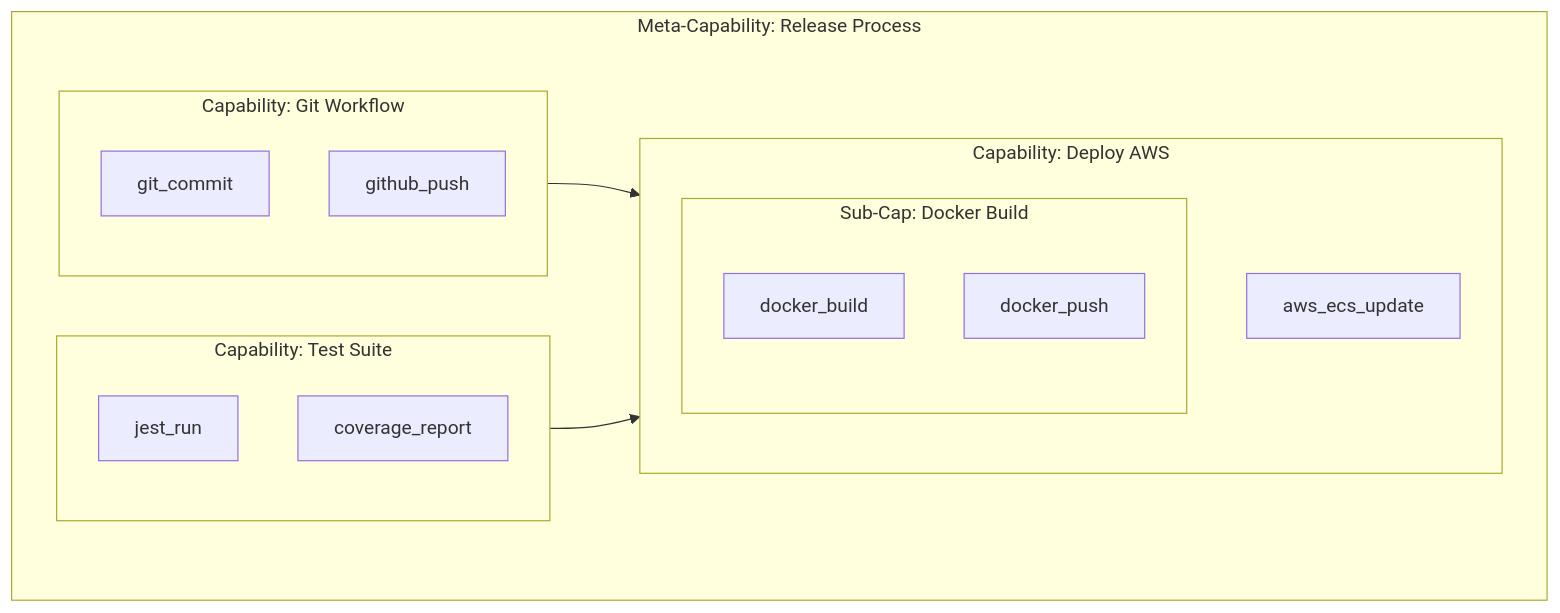
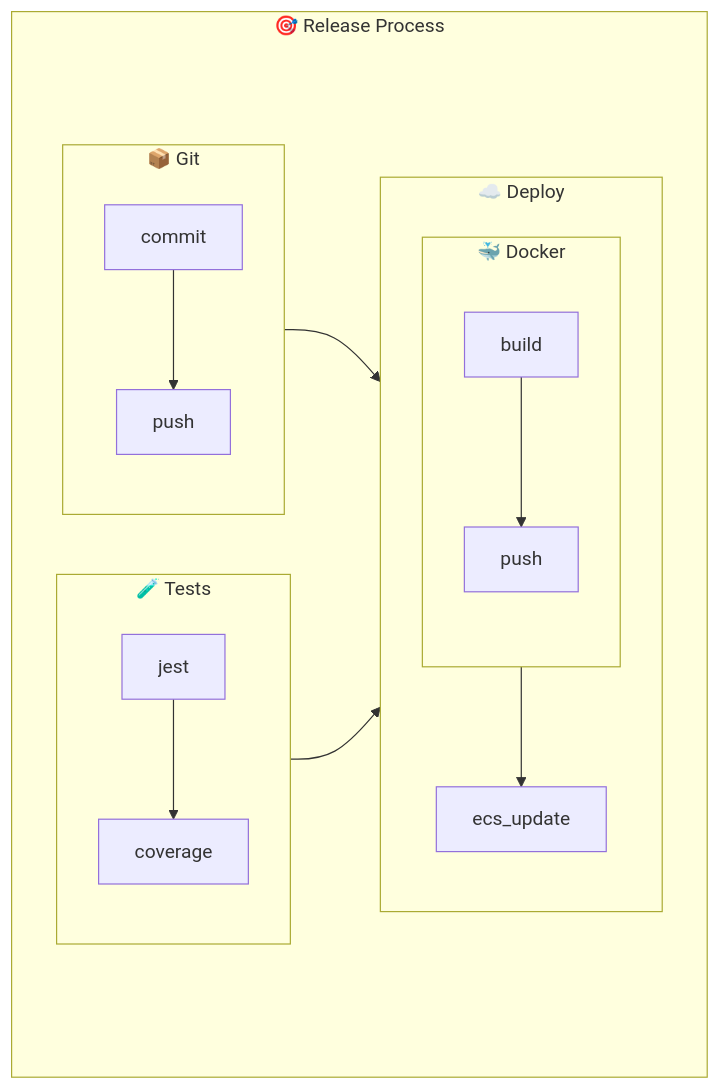
The third of 4 diagrams in src/web/posts/2025-12-18-why-n-superhypergraph.md (Casys-AI/casys-pml), drawn with Mermaid before and after one commit. The commit also changed other lines of this file and 14 other files, not shown here.

First line of the commit message:
feat(web): improve mobile responsiveness for blog diagrams and formulas

````diff
--- a/src/web/posts/2025-12-18-why-n-superhypergraph.md
+++ b/src/web/posts/2025-12-18-why-n-superhypergraph.md
@@ -113,23 +110,20 @@
 ```mermaid
-graph TD
-    subgraph META["Meta-Capability: Release Process"]
-        subgraph CAP1["Capability: Git Workflow"]
-            T1[git_commit]
-            T2[github_push]
+flowchart TD
+    subgraph META["🎯 Release Process"]
+        subgraph CAP1["📦 Git"]
+            T1[commit] --> T2[push]
         end
-        subgraph CAP2["Capability: Test Suite"]
-            T3[jest_run]
-            T4[coverage_report]
+        subgraph CAP2["🧪 Tests"]
+            T3[jest] --> T4[coverage]
         end
-        subgraph CAP3["Capability: Deploy AWS"]
-            subgraph CAP3a["Sub-Cap: Docker Build"]
-                T5[docker_build]
-                T6[docker_push]
+        subgraph CAP3["☁️ Deploy"]
+            subgraph DOCKER["🐳 Docker"]
+                T5[build] --> T6[push]
             end
-            T7[aws_ecs_update]
+            T7[ecs_update]
         end
+        CAP1 --> CAP3
+        CAP2 --> CAP3
+        DOCKER --> T7
     end
-
-    CAP1 --> CAP3
-    CAP2 --> CAP3
 ```
````
